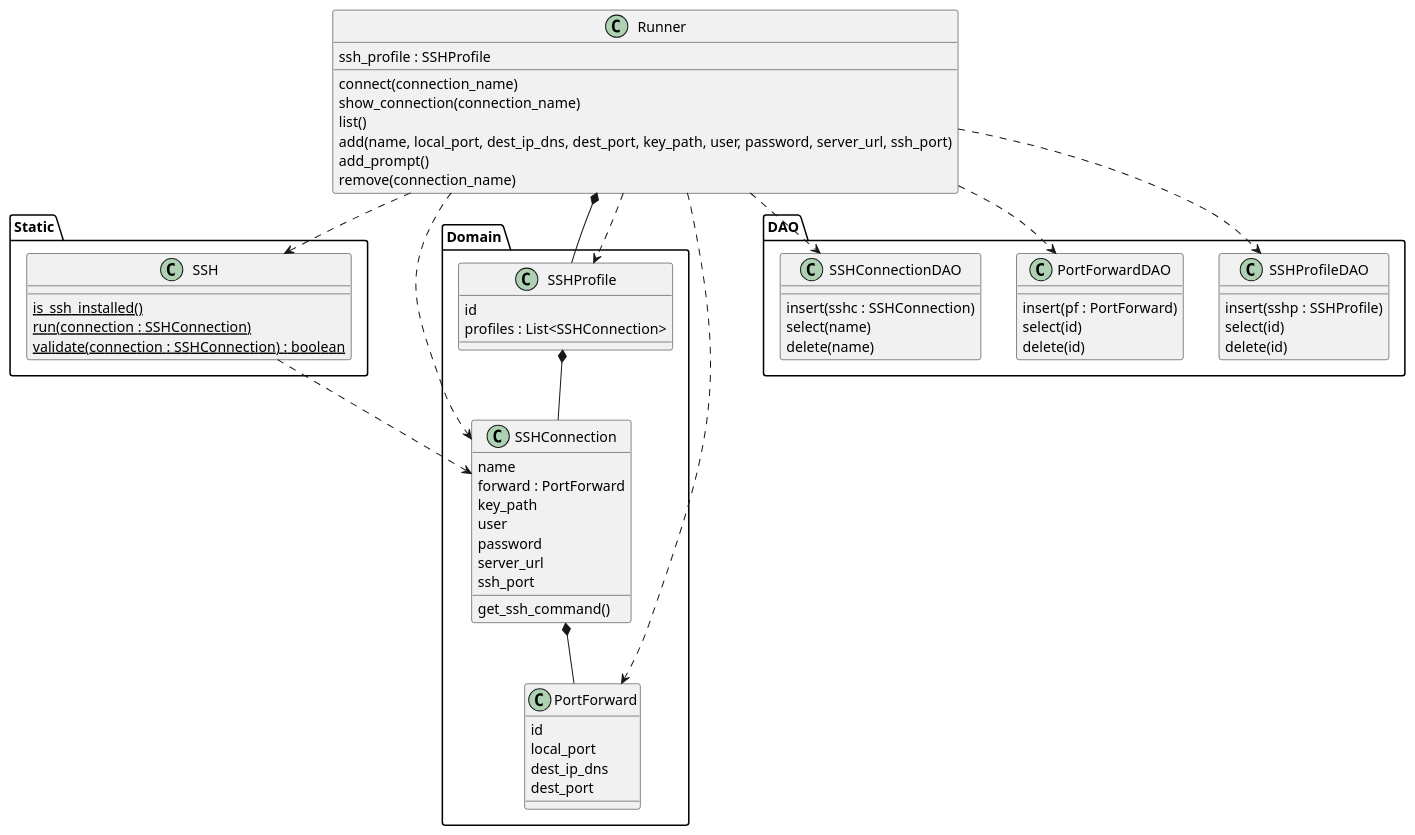
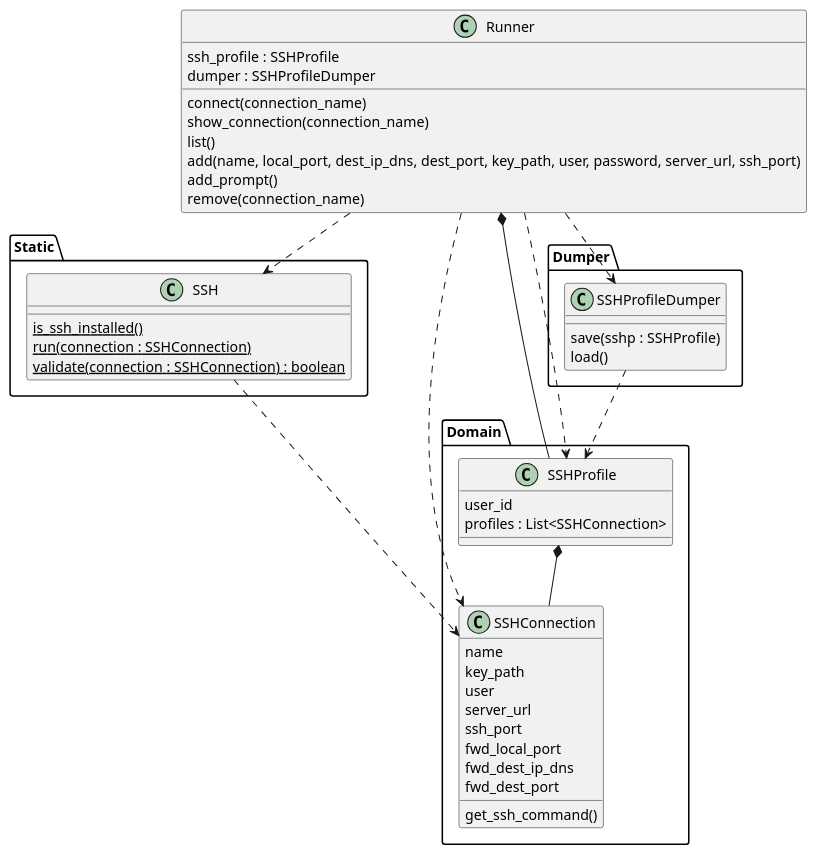
Before and after one commit to marcocspc/sshman: the diagram in docs/diagrams/src/classes.wsd, drawn with PlantUML. The commit also changed 13 other files, not shown here.

```diff
--- a/docs/diagrams/src/classes.wsd
+++ b/docs/diagrams/src/classes.wsd
@@ -1,86 +1,66 @@
 @startuml
 
 ' Classes '
 
 package Static {
     class SSH {
         {static} is_ssh_installed()
         {static} run(connection : SSHConnection)
         {static} validate(connection : SSHConnection) : boolean
     }
 }
 
 package Domain {
     class SSHConnection {
         name
-        forward : PortForward
         key_path
         user
-        password
         server_url
         ssh_port
+        fwd_local_port
+        fwd_dest_ip_dns
+        fwd_dest_port
 
         get_ssh_command()
     }
 
-    class PortForward {
-        id
-        local_port
-        dest_ip_dns
-        dest_port
-    }
-
     class SSHProfile {
-        id
+        user_id
         profiles : List<SSHConnection>
     }
 }
 
-package DAO {
-    class SSHProfileDAO {
-        insert(sshp : SSHProfile)
-        select(id)
-        delete(id)
-    }
-
-    class PortForwardDAO {
-        insert(pf : PortForward)
-        select(id)
-        delete(id)
-    }
-
-    class SSHConnectionDAO {
-        insert(sshc : SSHConnection)
-        select(name)
-        delete(name)
+package Dumper {
+    class SSHProfileDumper {
+        save(sshp : SSHProfile)
+        load()
     }
 }
 
 class Runner {
     ssh_profile : SSHProfile
+    dumper : SSHProfileDumper
 
     connect(connection_name)
     show_connection(connection_name)
     list()
     add(name, local_port, dest_ip_dns, dest_port, key_path, user, password, server_url, ssh_port)
     add_prompt()
     remove(connection_name)
 }
 
 ' Relationships '
 
 SSH ..> SSHConnection
-SSHConnection *-- PortForward
 SSHProfile *-- SSHConnection
 
 Runner *-- SSHProfile
 Runner ..> SSH
 Runner ..> SSHProfile
-Runner ..> PortForward
 Runner ..> SSHConnection
-Runner ..> SSHConnectionDAO
-Runner ..> SSHProfileDAO
-Runner ..> PortForwardDAO
+Runner ..> SSHProfileDumper
+
+SSHProfileDumper ..> SSHProfile
 
 
 @enduml
```
